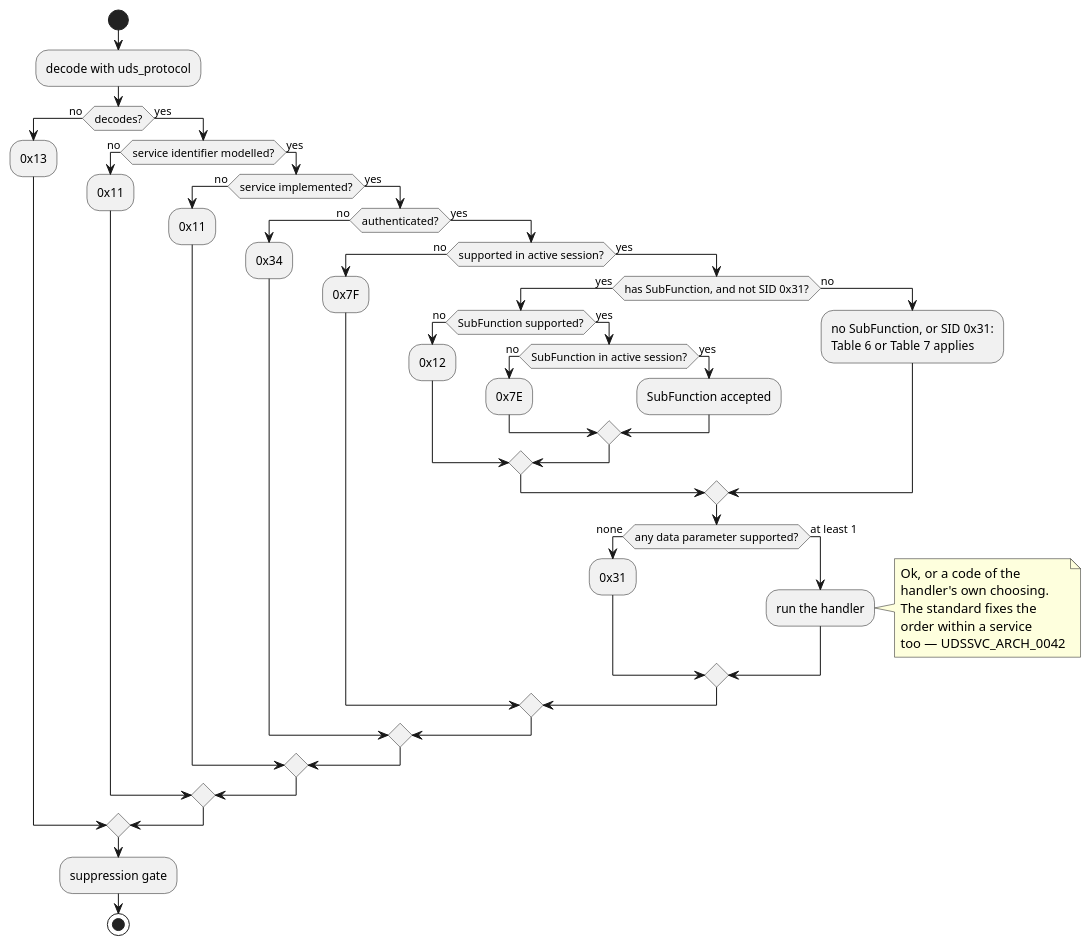
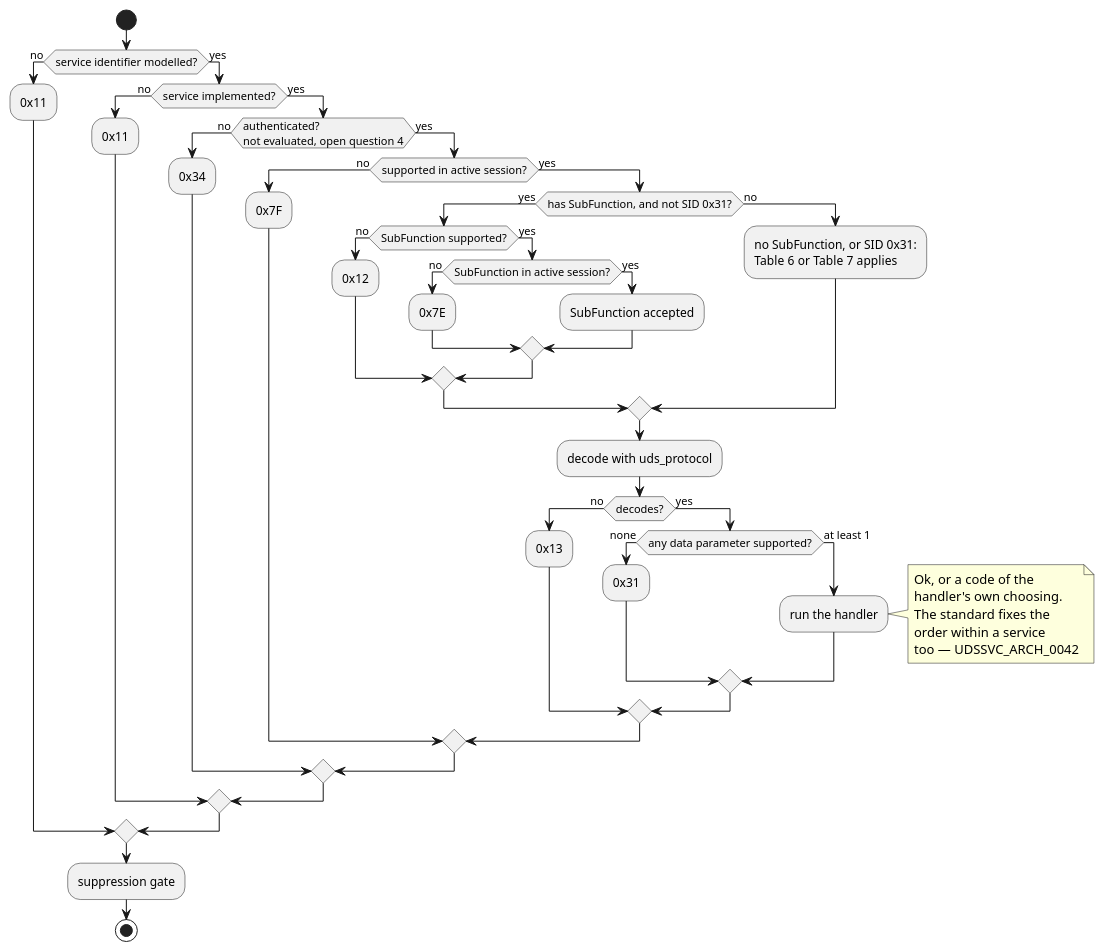
One commit to luminartech/uds_stack changed the second of 3 diagrams in docs/architecture/dispatch.rst. Above: the diagram before and after it, drawn with PlantUML. The commit also changed other lines of this file and 68 other files, not shown here.

```diff
--- a/docs/architecture/dispatch.rst
+++ b/docs/architecture/dispatch.rst
@@ -72,57 +72,57 @@
 .. uml::
    :align: center
    :caption: The mandatory path. Optional and manufacturer-specific checks
              (``UDSSVC_ARCH_0011``) are omitted; each attaches at a stated position.
 
    @startuml
    start
-   :decode with uds_protocol;
-   if (decodes?) then (no)
-     :0x13; <<negative>>
+   if (service identifier modelled?) then (no)
+     :0x11; <<negative>>
    else (yes)
-     if (service identifier modelled?) then (no)
+     if (service implemented?) then (no)
        :0x11; <<negative>>
      else (yes)
-       if (service implemented?) then (no)
-         :0x11; <<negative>>
+       if (authenticated?\nnot evaluated, open question 4) then (no)
+         :0x34; <<negative>>
        else (yes)
-         if (authenticated?) then (no)
-           :0x34; <<negative>>
+         if (supported in active session?) then (no)
+           :0x7F; <<negative>>
          else (yes)
-           if (supported in active session?) then (no)
-             :0x7F; <<negative>>
+           if (has SubFunction, and not SID 0x31?) then (yes)
+             if (SubFunction supported?) then (no)
+               :0x12; <<negative>>
+             else (yes)
+               if (SubFunction in active session?) then (no)
+                 :0x7E; <<negative>>
+               else (yes)
+                 :SubFunction accepted;
+               endif
+             endif
+           else (no)
+             :no SubFunction, or SID 0x31:
+             Table 6 or Table 7 applies;
+           endif
+           :decode with uds_protocol;
+           if (decodes?) then (no)
+             :0x13; <<negative>>
            else (yes)
-             if (has SubFunction, and not SID 0x31?) then (yes)
-               if (SubFunction supported?) then (no)
-                 :0x12; <<negative>>
-               else (yes)
-                 if (SubFunction in active session?) then (no)
-                   :0x7E; <<negative>>
-                 else (yes)
-                   :SubFunction accepted;
-                 endif
-               endif
-             else (no)
-               :no SubFunction, or SID 0x31:
-               Table 6 or Table 7 applies;
-             endif
              if (any data parameter supported?) then (none)
                :0x31; <<negative>>
              else (at least 1)
                :run the handler;
                note right
                  Ok, or a code of the
                  handler's own choosing.
                  The standard fixes the
                  order within a service
                  too — UDSSVC_ARCH_0042
                end note
              endif
            endif
          endif
        endif
      endif
    endif
    :suppression gate;
    stop
    @enduml
```
